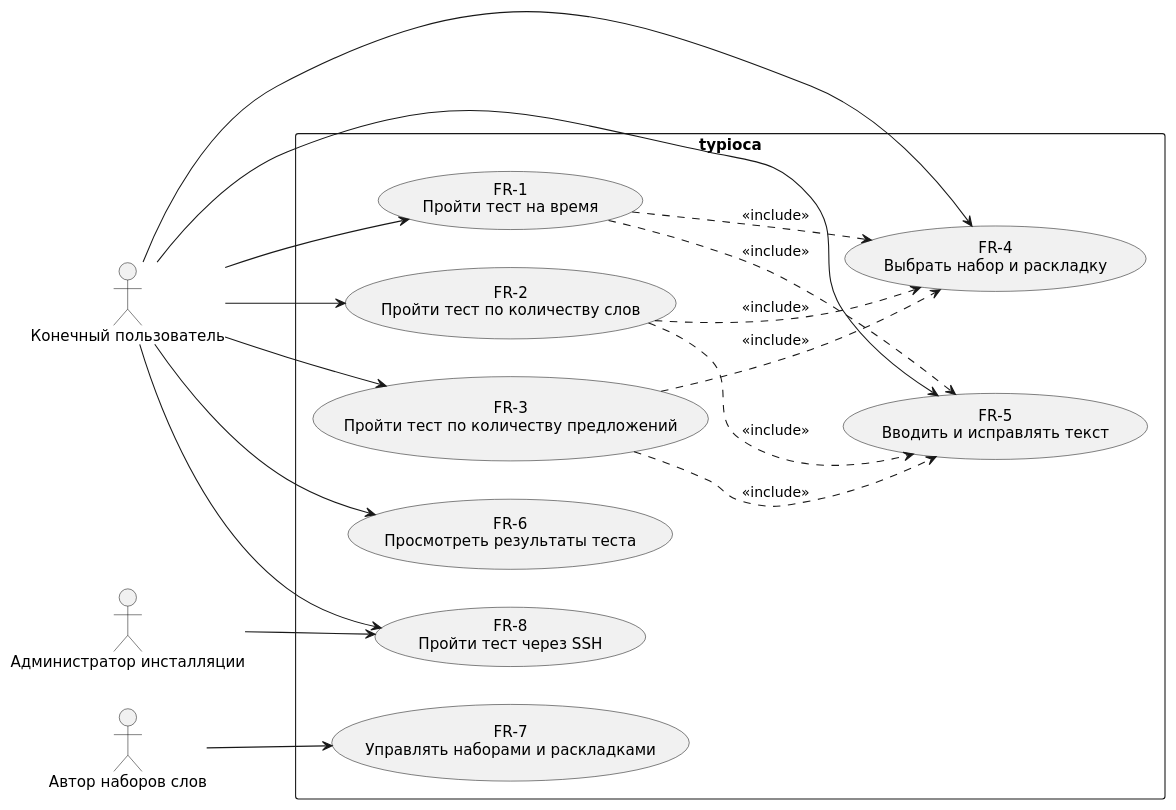
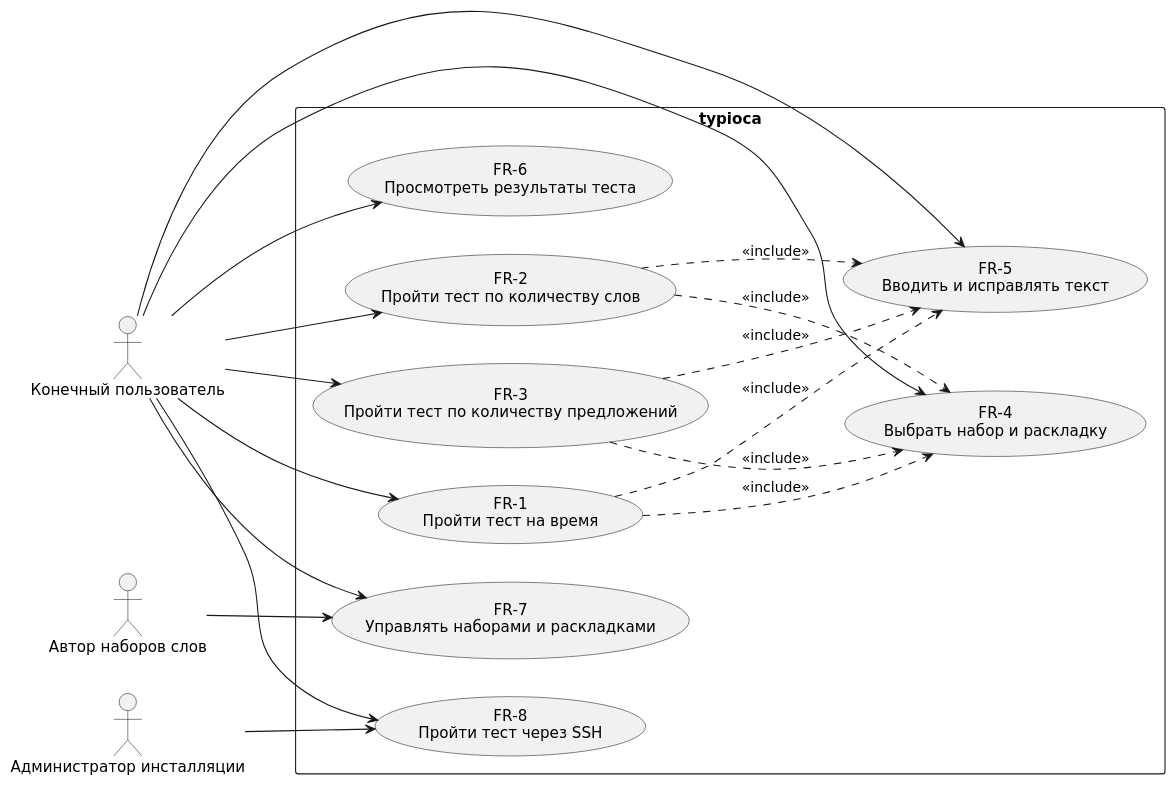
One commit to gitmaxlla/typioca-code changed the diagram in docs/diagrams/use-cases.puml. Above: the diagram before and after it, drawn with PlantUML. The commit also changed 14 other files, not shown here.

Commit message:
feat(lab2) diagrams done

```diff
--- a/docs/diagrams/use-cases.puml
+++ b/docs/diagrams/use-cases.puml
@@ -1,38 +1,39 @@
 @startuml use-cases
 skinparam defaultFontName "DejaVu Sans"
 skinparam backgroundColor white
 skinparam shadowing false
 left to right direction
 
 actor "Конечный пользователь" as user
 actor "Автор наборов слов" as author
 actor "Администратор инсталляции" as admin
 
 rectangle "typioca" {
   usecase "FR-1\nПройти тест на время" as uc1
   usecase "FR-2\nПройти тест по количеству слов" as uc2
   usecase "FR-3\nПройти тест по количеству предложений" as uc3
   usecase "FR-4\nВыбрать набор и раскладку" as uc4
   usecase "FR-5\nВводить и исправлять текст" as uc5
   usecase "FR-6\nПросмотреть результаты теста" as uc6
   usecase "FR-7\nУправлять наборами и раскладками" as uc7
   usecase "FR-8\nПройти тест через SSH" as uc8
 }
 
 user --> uc1
 user --> uc2
 user --> uc3
 user --> uc4
 user --> uc5
 user --> uc6
+user --> uc7
 user --> uc8
 author --> uc7
 admin --> uc8
 
 uc1 ..> uc5 : <<include>>
 uc2 ..> uc5 : <<include>>
 uc3 ..> uc5 : <<include>>
 uc1 ..> uc4 : <<include>>
 uc2 ..> uc4 : <<include>>
 uc3 ..> uc4 : <<include>>
 @enduml
```
